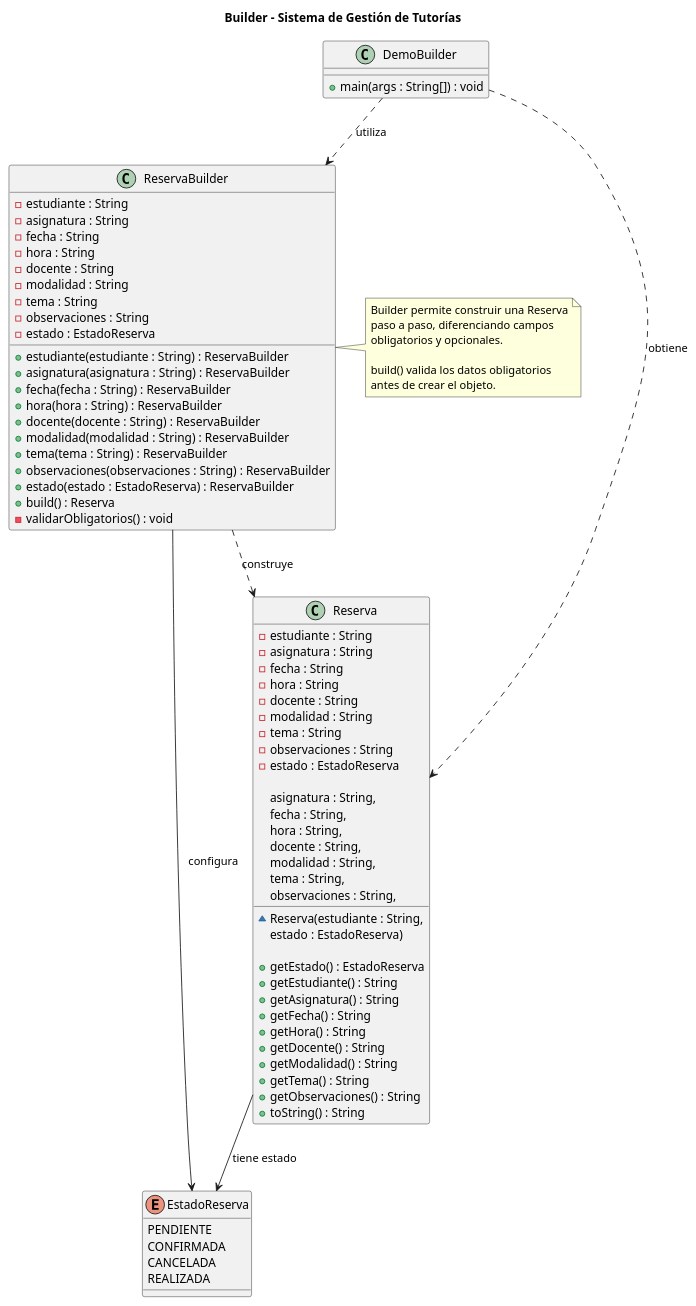
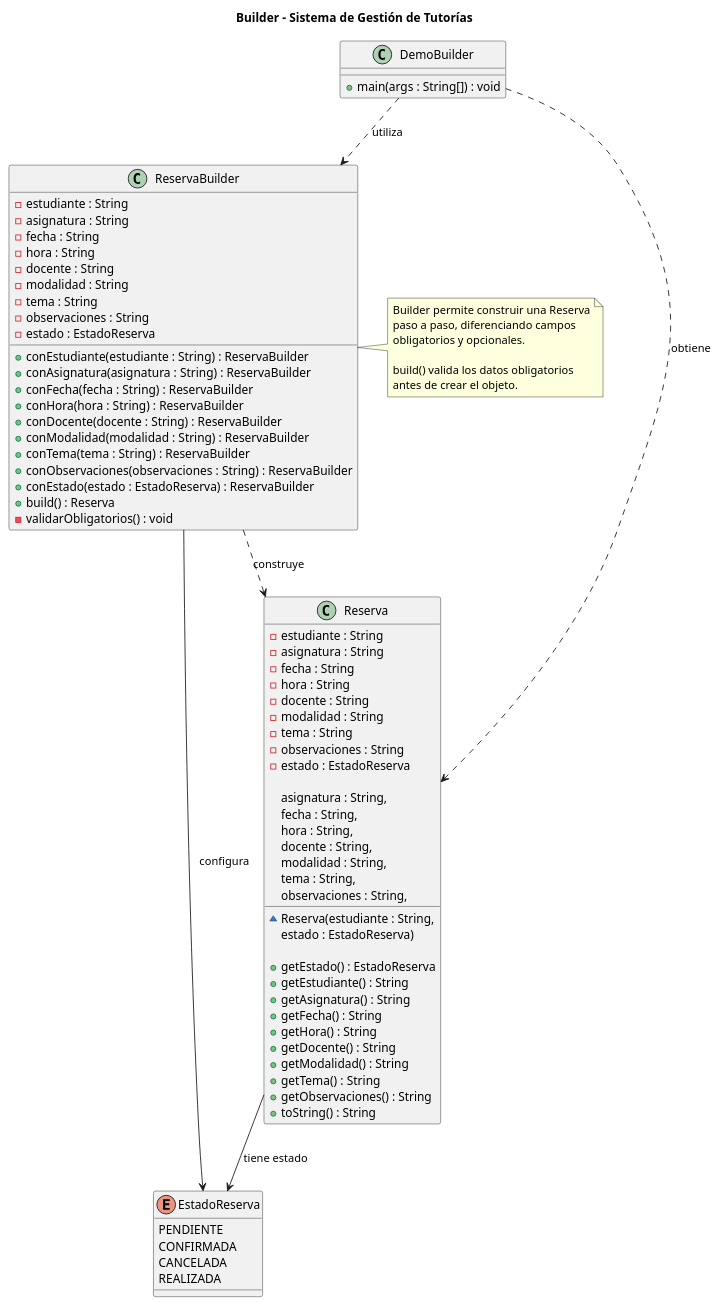
The diagram in docs/builder.puml (charlielopez0396/semana3-patrones-LopezCharlie), drawn with PlantUML before and after one commit. The commit also changed 2 other files, not shown here.

Commit message:
docs: alinear Builder UML y README con el codigo

```diff
--- a/docs/builder.puml
+++ b/docs/builder.puml
@@ -1,87 +1,87 @@
 @startuml
 title Builder - Sistema de Gestión de Tutorías
 
 enum EstadoReserva {
     PENDIENTE
     CONFIRMADA
     CANCELADA
     REALIZADA
 }
 
 class Reserva {
     - estudiante : String
     - asignatura : String
     - fecha : String
     - hora : String
     - docente : String
     - modalidad : String
     - tema : String
     - observaciones : String
     - estado : EstadoReserva
 
     ~ Reserva(estudiante : String,
               asignatura : String,
               fecha : String,
               hora : String,
               docente : String,
               modalidad : String,
               tema : String,
               observaciones : String,
               estado : EstadoReserva)
 
     + getEstado() : EstadoReserva
     + getEstudiante() : String
     + getAsignatura() : String
     + getFecha() : String
     + getHora() : String
     + getDocente() : String
     + getModalidad() : String
     + getTema() : String
     + getObservaciones() : String
     + toString() : String
 }
 
 class ReservaBuilder {
     - estudiante : String
     - asignatura : String
     - fecha : String
     - hora : String
     - docente : String
     - modalidad : String
     - tema : String
     - observaciones : String
     - estado : EstadoReserva
 
-    + estudiante(estudiante : String) : ReservaBuilder
-    + asignatura(asignatura : String) : ReservaBuilder
-    + fecha(fecha : String) : ReservaBuilder
-    + hora(hora : String) : ReservaBuilder
-    + docente(docente : String) : ReservaBuilder
-    + modalidad(modalidad : String) : ReservaBuilder
-    + tema(tema : String) : ReservaBuilder
-    + observaciones(observaciones : String) : ReservaBuilder
-    + estado(estado : EstadoReserva) : ReservaBuilder
+    + conEstudiante(estudiante : String) : ReservaBuilder
+    + conAsignatura(asignatura : String) : ReservaBuilder
+    + conFecha(fecha : String) : ReservaBuilder
+    + conHora(hora : String) : ReservaBuilder
+    + conDocente(docente : String) : ReservaBuilder
+    + conModalidad(modalidad : String) : ReservaBuilder
+    + conTema(tema : String) : ReservaBuilder
+    + conObservaciones(observaciones : String) : ReservaBuilder
+    + conEstado(estado : EstadoReserva) : ReservaBuilder
     + build() : Reserva
     - validarObligatorios() : void
 }
 
 class DemoBuilder {
     + main(args : String[]) : void
 }
 
 Reserva --> EstadoReserva : tiene estado
 ReservaBuilder --> EstadoReserva : configura
 ReservaBuilder ..> Reserva : construye
 DemoBuilder ..> ReservaBuilder : utiliza
 DemoBuilder ..> Reserva : obtiene
 
 note right of ReservaBuilder
 Builder permite construir una Reserva
 paso a paso, diferenciando campos
 obligatorios y opcionales.
 
 build() valida los datos obligatorios
 antes de crear el objeto.
 end note
 
 @enduml
```
